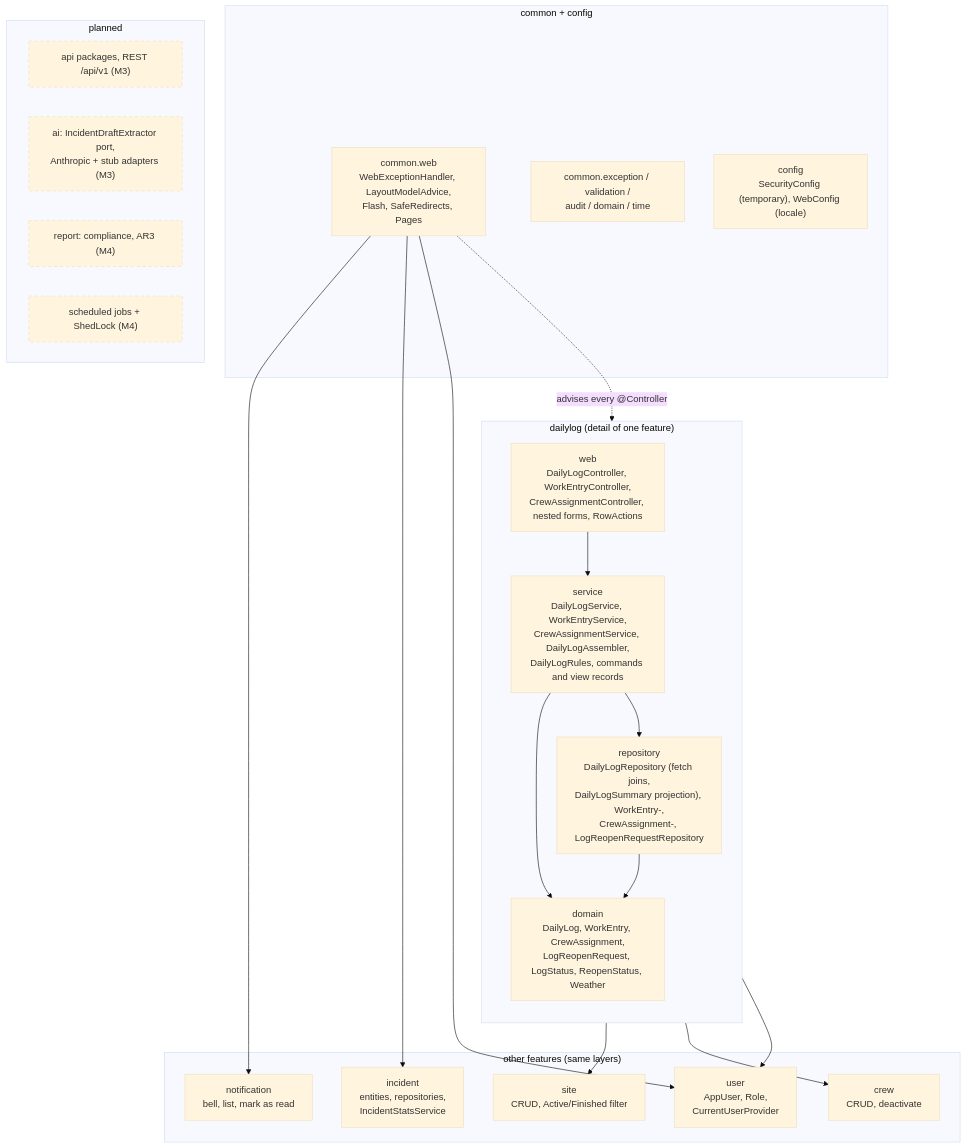
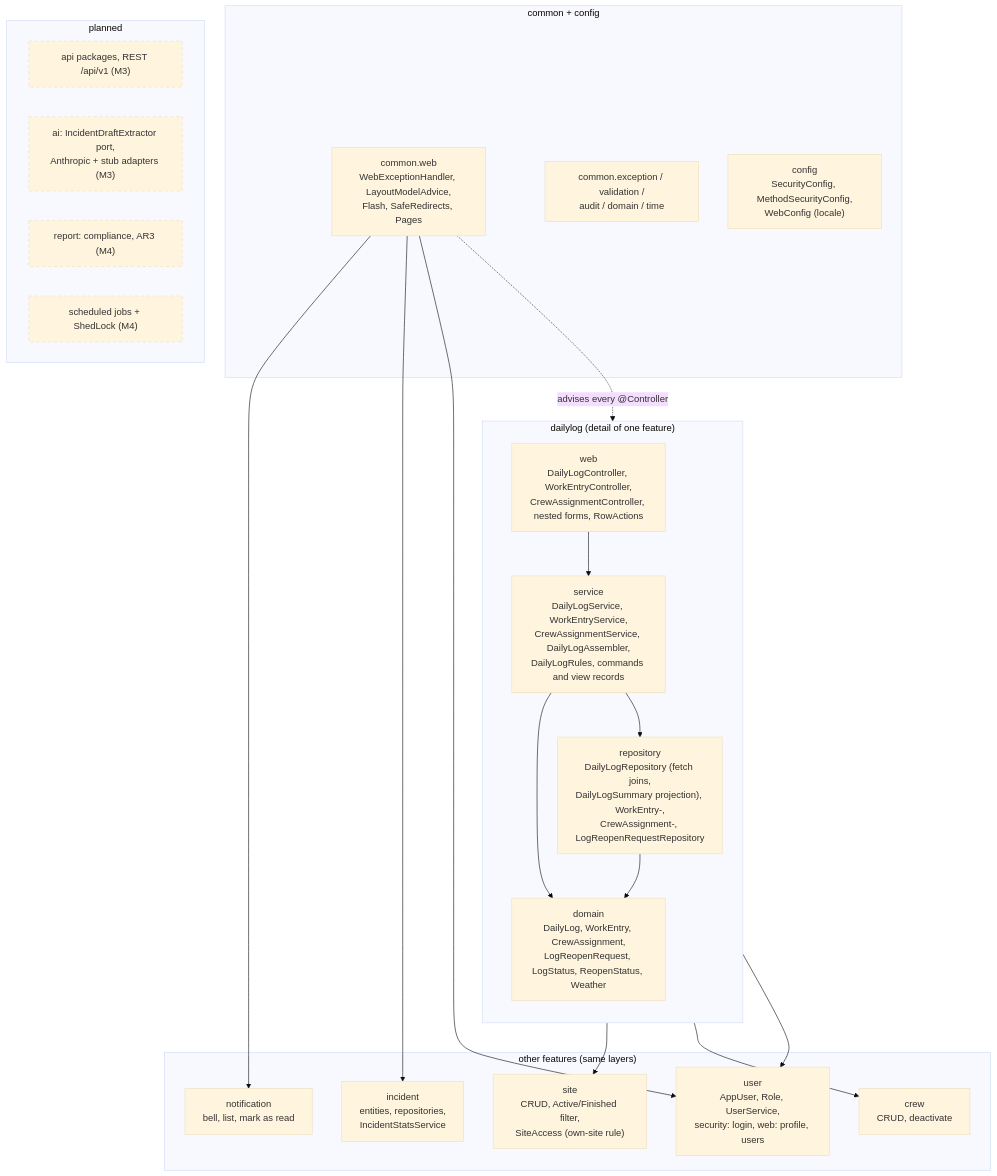
The third of 9 diagrams in docs/architecture/overview.md (ceciliagalvaoo/SiteLog), drawn with Mermaid (base theme) before and after one commit. The commit also changed other lines of this file and 4 other files, not shown here.

````diff
--- a/docs/architecture/overview.md
+++ b/docs/architecture/overview.md
@@ -100,44 +102,44 @@
 ```mermaid
 flowchart TB
     subgraph dailylog["dailylog (detail of one feature)"]
         direction TB
         dl_web["web<br/>DailyLogController, WorkEntryController,<br/>CrewAssignmentController, nested forms, RowActions"]
         dl_service["service<br/>DailyLogService, WorkEntryService,<br/>CrewAssignmentService, DailyLogAssembler,<br/>DailyLogRules, commands and view records"]
         dl_repo["repository<br/>DailyLogRepository (fetch joins,<br/>DailyLogSummary projection), WorkEntry-,<br/>CrewAssignment-, LogReopenRequestRepository"]
         dl_domain["domain<br/>DailyLog, WorkEntry, CrewAssignment,<br/>LogReopenRequest, LogStatus, ReopenStatus, Weather"]
         dl_web --> dl_service
         dl_service --> dl_repo
         dl_service --> dl_domain
         dl_repo --> dl_domain
     end
 
     subgraph features["other features (same layers)"]
-        site["site<br/>CRUD, Active/Finished filter"]
+        site["site<br/>CRUD, Active/Finished filter,<br/>SiteAccess (own-site rule)"]
         crew["crew<br/>CRUD, deactivate"]
         notification["notification<br/>bell, list, mark as read"]
         incident["incident<br/>entities, repositories,<br/>IncidentStatsService"]
-        user["user<br/>AppUser, Role,<br/>CurrentUserProvider"]
+        user["user<br/>AppUser, Role, UserService,<br/>security: login, web: profile, users"]
     end
 
     subgraph common["common + config"]
         c_web["common.web<br/>WebExceptionHandler, LayoutModelAdvice,<br/>Flash, SafeRedirects, Pages"]
         c_other["common.exception / validation /<br/>audit / domain / time"]
-        config["config<br/>SecurityConfig (temporary), WebConfig (locale)"]
+        config["config<br/>SecurityConfig, MethodSecurityConfig,<br/>WebConfig (locale)"]
     end
 
     subgraph planned["planned"]
         api["api packages, REST /api/v1 (M3)"]:::planned
         ai["ai: IncidentDraftExtractor port,<br/>Anthropic + stub adapters (M3)"]:::planned
         report["report: compliance, AR3 (M4)"]:::planned
         jobs["scheduled jobs + ShedLock (M4)"]:::planned
     end
 
     dl_service --> site
     dl_service --> crew
     dl_service --> user
     c_web --> notification
     c_web --> incident
     c_web --> user
     c_web -.->|"advises every @Controller"| dl_web
     classDef planned stroke-dasharray: 5 5
 ```
````
